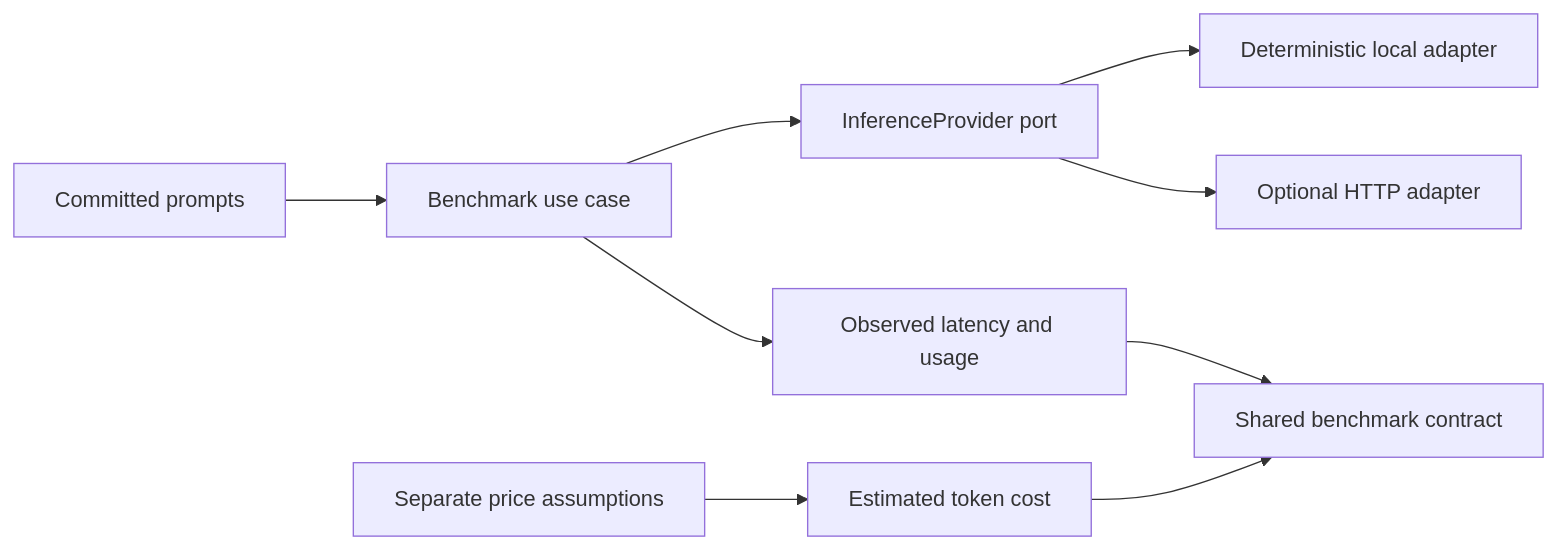
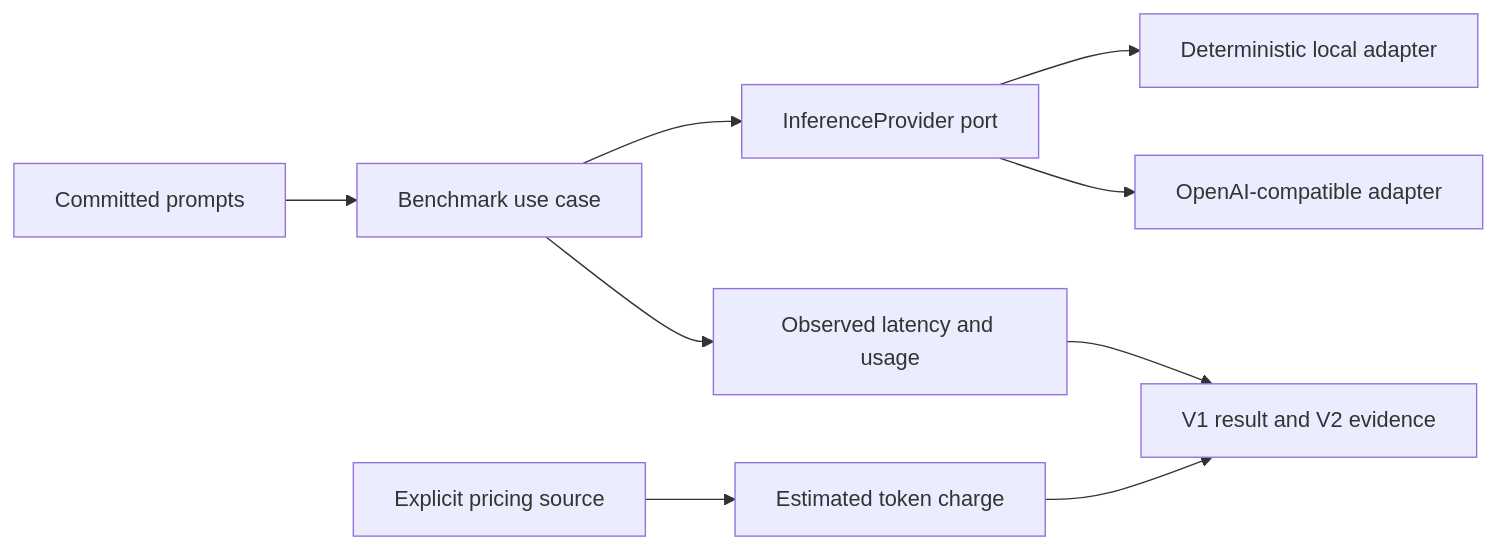
One commit to Brilhante29/cost-aware-inference changed the diagram in README.md. Above: the diagram before and after it, drawn with Mermaid. The commit also changed other lines of this file and 24 other files, not shown here.

Commit message:
feat: publish cost-aware inference evidence

````diff
--- a/README.md
+++ b/README.md
@@ -59,11 +72,11 @@
 ```mermaid
 flowchart LR
   Requests["Committed prompts"] --> Runner["Benchmark use case"]
   Runner --> Port["InferenceProvider port"]
   Port --> Local["Deterministic local adapter"]
-  Port --> HTTP["Optional HTTP adapter"]
+  Port --> HTTP["OpenAI-compatible adapter"]
   Runner --> Measured["Observed latency and usage"]
-  Pricing["Separate price assumptions"] --> Estimate["Estimated token cost"]
-  Measured --> Result["Shared benchmark contract"]
+  Pricing["Explicit pricing source"] --> Estimate["Estimated token charge"]
+  Measured --> Result["V1 result and V2 evidence"]
   Estimate --> Result
 ```
````
